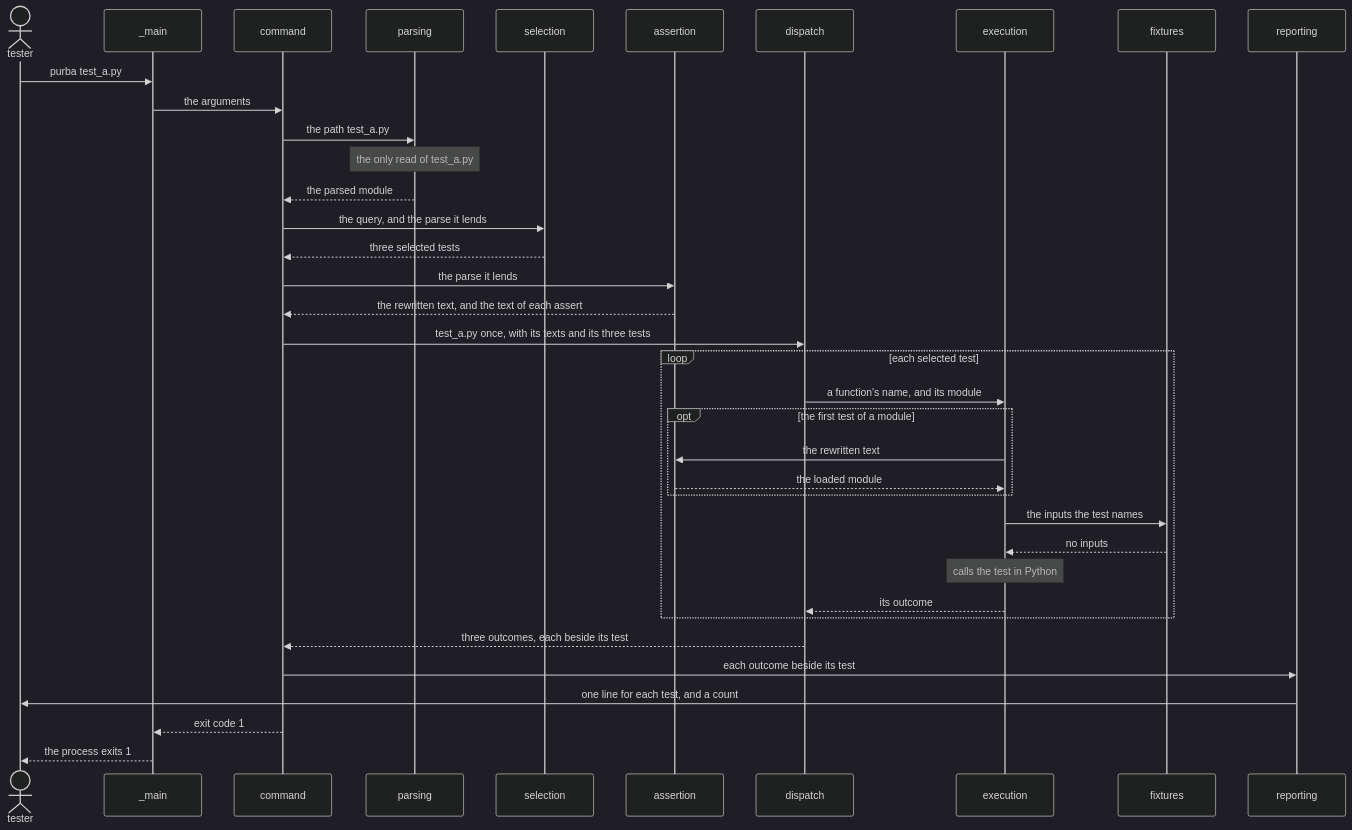
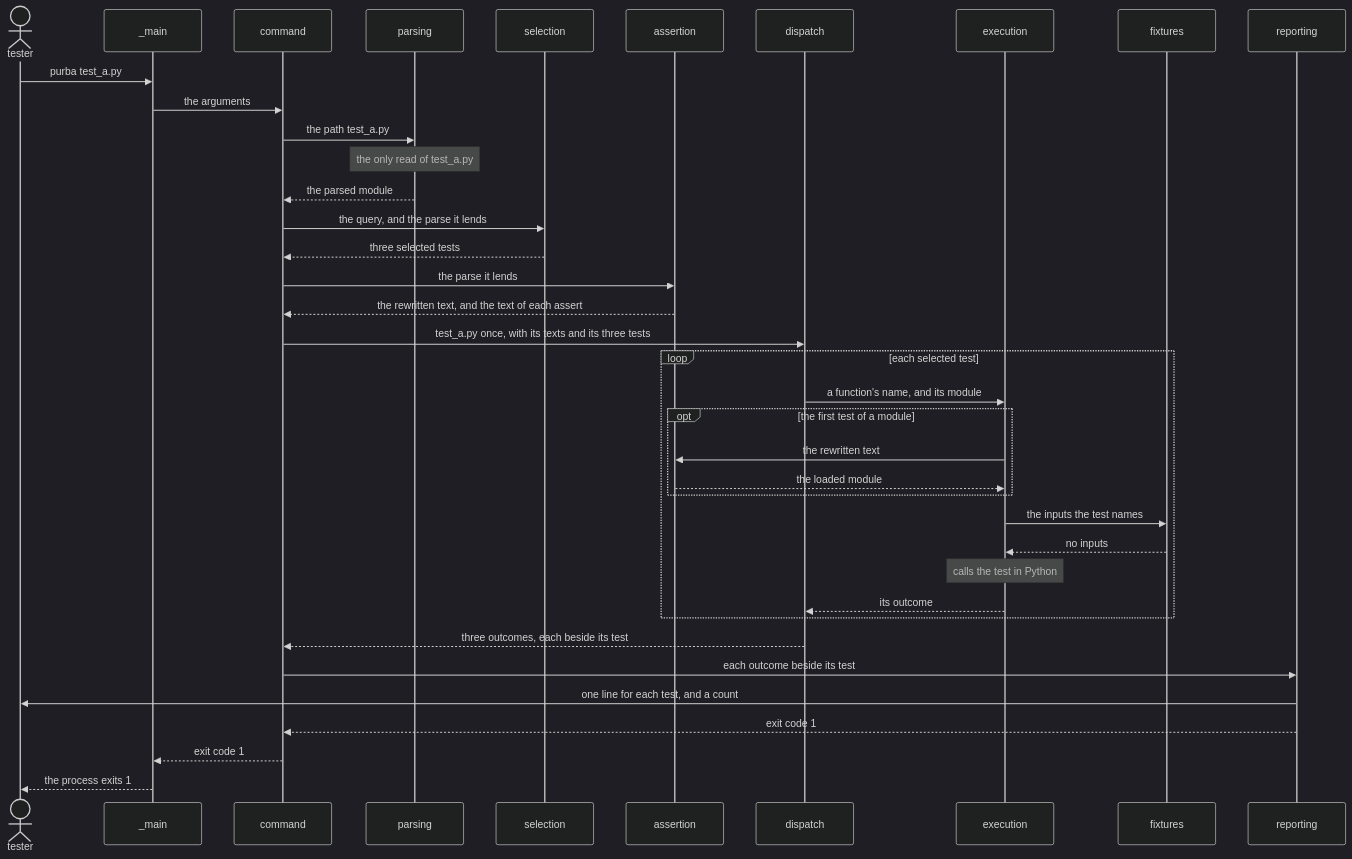
The third of 3 diagrams in LANDSCAPE.md (kalonji-tools/purba), drawn with Mermaid (dark theme) before and after one commit. The commit also changed other lines of this file and 4 other files, not shown here.

First line of the commit message:
docs: record each line of reporting, and the exit code it renders (#573)

````diff
--- a/LANDSCAPE.md
+++ b/LANDSCAPE.md
@@ -84,39 +84,40 @@
 ```mermaid
 sequenceDiagram
   actor tester
   participant main as _main
   participant command
   participant parsing
   participant selection
   participant assertion
   participant dispatch
   participant execution
   participant fixtures
   participant reporting
   tester ->> main: purba test_a.py
   main ->> command: the arguments
   command ->> parsing: the path test_a.py
   Note over parsing: the only read of test_a.py
   parsing -->> command: the parsed module
   command ->> selection: the query, and the parse it lends
   selection -->> command: three selected tests
   command ->> assertion: the parse it lends
   assertion -->> command: the rewritten text, and the text of each assert
   command ->> dispatch: test_a.py once, with its texts and its three tests
   loop each selected test
     dispatch ->> execution: a function's name, and its module
     opt the first test of a module
       execution ->> assertion: the rewritten text
       assertion -->> execution: the loaded module
     end
     execution ->> fixtures: the inputs the test names
     fixtures -->> execution: no inputs
     Note over execution: calls the test in Python
     execution -->> dispatch: its outcome
   end
   dispatch -->> command: three outcomes, each beside its test
   command ->> reporting: each outcome beside its test
   reporting ->> tester: one line for each test, and a count
+  reporting -->> command: exit code 1
   command -->> main: exit code 1
   main -->> tester: the process exits 1
 ```
````
